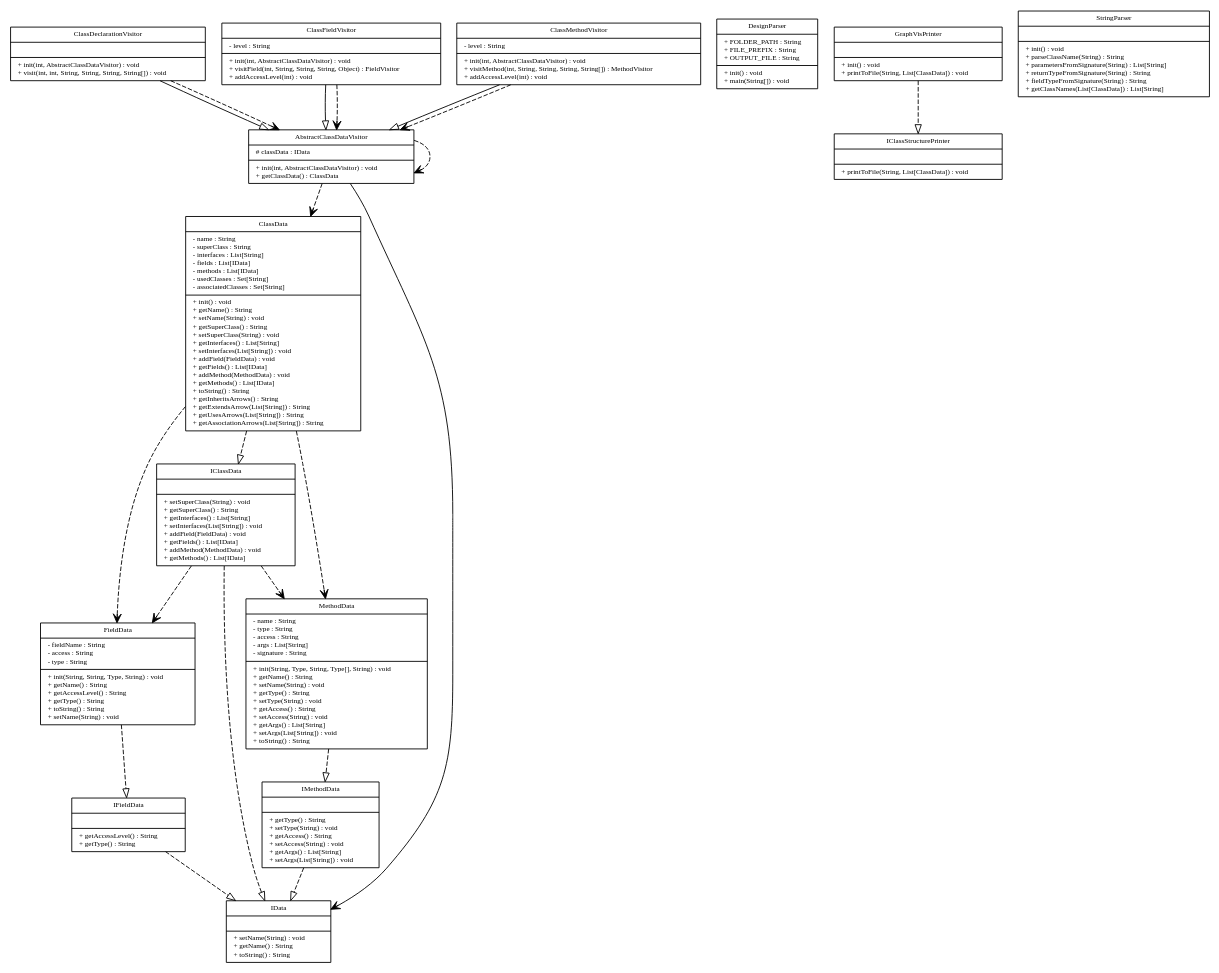
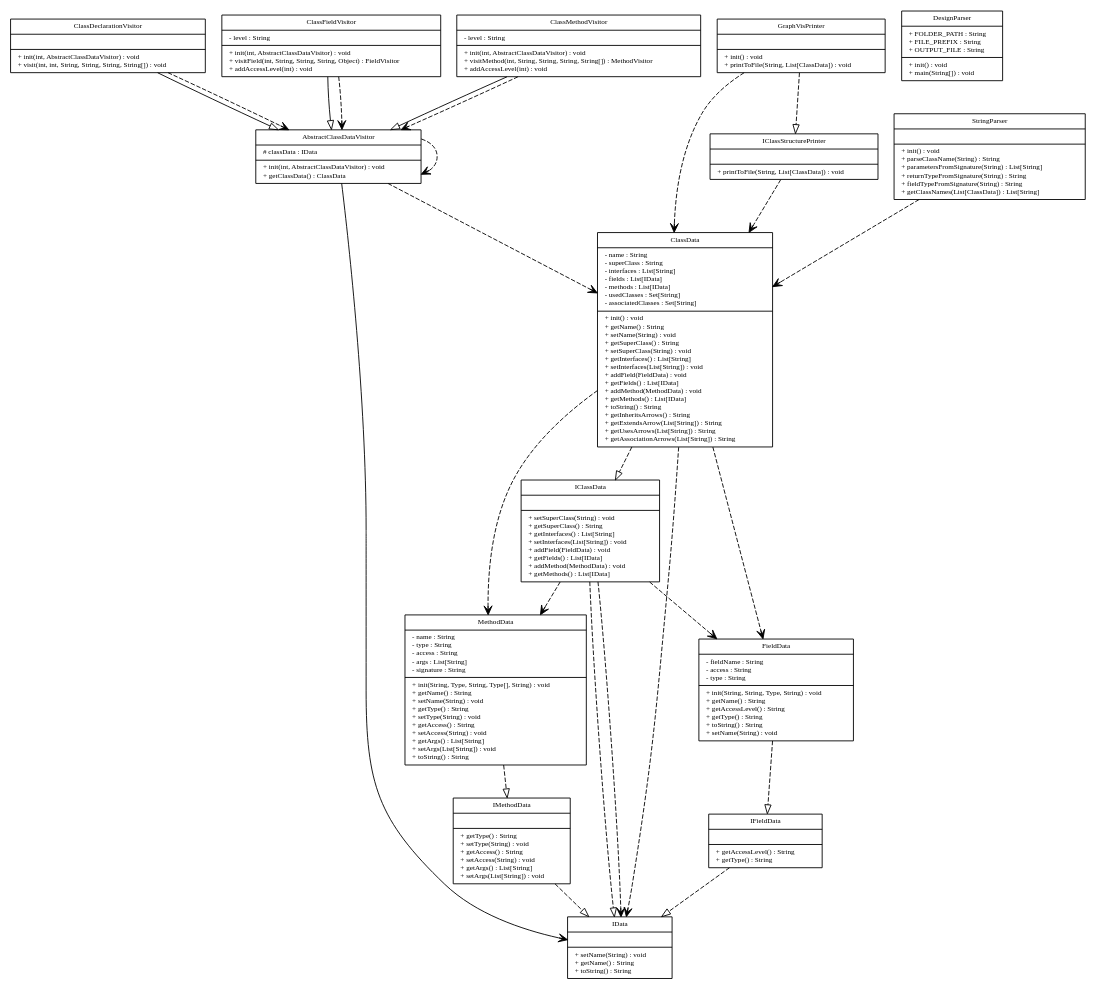
Before and after one commit to LoganErexson/CSSE374TeamProject: the diagram in input_output/Diagram.gv, drawn with Graphviz. The commit also changed 2 other files, not shown here.

```diff
--- a/input_output/Diagram.gv
+++ b/input_output/Diagram.gv
@@ -36,6 +36,7 @@
 style = "dashed"
 ]
 ClassData -> FieldData
+ClassData -> IData
 ClassData -> MethodData
 edge [ 
 arrowhead = "vee"
@@ -127,6 +128,7 @@
 arrowhead = "vee"
 style = "dashed"
 ]
+GraphVisPrinter -> ClassData
 IClassData [
 label = "{IClassData||+ setSuperClass(String) : void\l+ getSuperClass() : String\l+ getInterfaces() : List[String]\l+ setInterfaces(List[String]) : void\l+ addField(FieldData) : void\l+ getFields() : List[IData]\l+ addMethod(MethodData) : void\l+ getMethods() : List[IData]\l}"
 ]
@@ -140,6 +142,7 @@
 style = "dashed"
 ]
 IClassData -> FieldData
+IClassData -> IData
 IClassData -> MethodData
 IClassStructurePrinter [
 label = "{IClassStructurePrinter||+ printToFile(String, List[ClassData]) : void\l}"
@@ -148,6 +151,7 @@
 arrowhead = "vee"
 style = "dashed"
 ]
+IClassStructurePrinter -> ClassData
 IData [
 label = "{IData||+ setName(String) : void\l+ getName() : String\l+ toString() : String\l}"
 ]
@@ -202,4 +206,5 @@
 arrowhead = "vee"
 style = "dashed"
 ]
+StringParser -> ClassData
 }
```
